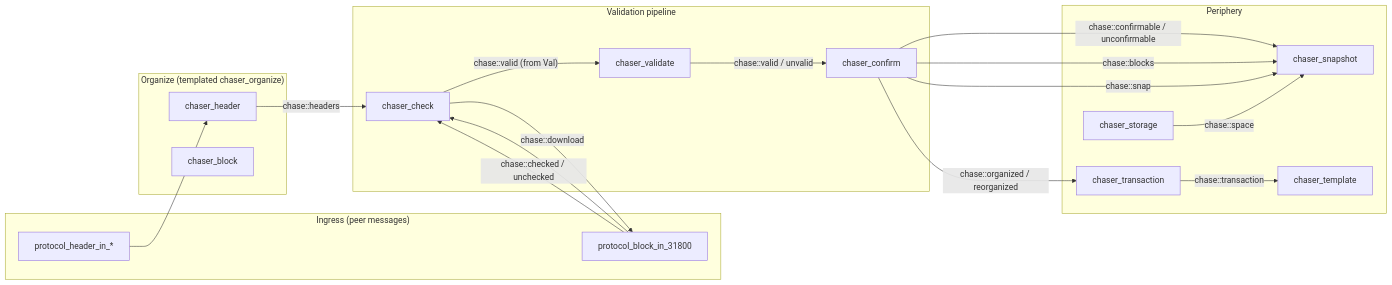
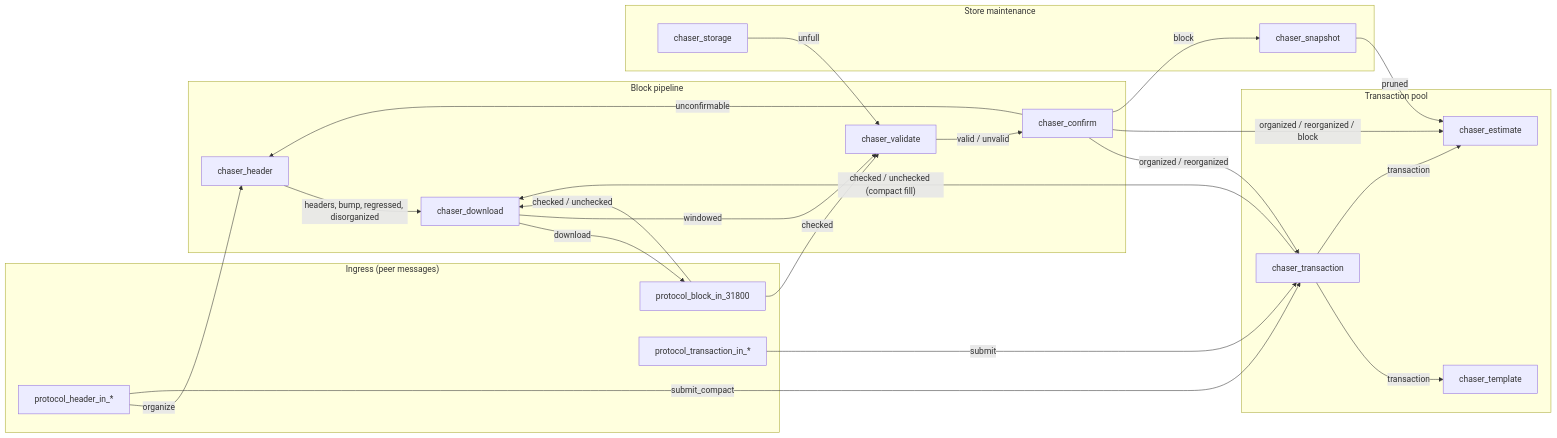
The fourth of 5 diagrams in architecture/md/00-overview.md (libbitcoin/libbitcoin.github.io), drawn with Mermaid before and after one commit. The commit also changed other lines of this file and 31 other files, not shown here.

Commit message:
Add the node architecture pages.

````diff
--- a/architecture/md/00-overview.md
+++ b/architecture/md/00-overview.md
@@ -247,39 +257,45 @@
 ```mermaid
 flowchart LR
     subgraph Ingress["Ingress (peer messages)"]
         H_in["protocol_header_in_*"]
         B_in["protocol_block_in_31800"]
+        T_in["protocol_transaction_in_*"]
     end
 
-    subgraph Organize["Organize (templated chaser_organize)"]
+    subgraph Pipeline["Block pipeline"]
         H[chaser_header]
-        B[chaser_block]
-    end
-
-    subgraph Pipeline["Validation pipeline"]
-        Chk[chaser_check]
+        Chk[chaser_download]
         Val[chaser_validate]
         Cnf[chaser_confirm]
     end
 
-    subgraph Periphery["Periphery"]
+    subgraph Pool["Transaction pool"]
+        Tx[chaser_transaction]
+        Tpl[chaser_template]
+        Est[chaser_estimate]
+    end
+
+    subgraph Store["Store maintenance"]
         Snp[chaser_snapshot]
         Stg[chaser_storage]
-        Tx[chaser_transaction]
-        Tpl[chaser_template]
     end
 
-    H_in --> H
-    B_in --> Chk
-    H -- "chase::headers" --> Chk
-    Chk -- "chase::download" --> B_in
-    B_in -- "chase::checked / unchecked" --> Chk
-    Chk -- "chase::valid (from Val)" --> Val
-    Val -- "chase::valid / unvalid" --> Cnf
-    Cnf -- "chase::confirmable / unconfirmable" --> Snp
-    Cnf -- "chase::organized / reorganized" --> Tx
-    Tx -- "chase::transaction" --> Tpl
-    Cnf -- "chase::blocks" --> Snp
-    Cnf -- "chase::snap" --> Snp
-    Stg -- "chase::space" --> Snp
+    H_in -- "organize" --> H
+    H -- "headers, bump, regressed, disorganized" --> Chk
+    Chk -- "download" --> B_in
+    B_in -- "checked / unchecked" --> Chk
+    Chk -- "windowed" --> Val
+    B_in -- "checked" --> Val
+    Val -- "valid / unvalid" --> Cnf
+    Cnf -- "unconfirmable" --> H
+    Cnf -- "organized / reorganized" --> Tx
+    Cnf -- "organized / reorganized / block" --> Est
+    T_in -- "submit" --> Tx
+    H_in -- "submit_compact" --> Tx
+    Tx -- "checked / unchecked (compact fill)" --> Chk
+    Tx -- "transaction" --> Tpl
+    Tx -- "transaction" --> Est
+    Cnf -- "block" --> Snp
+    Snp -- "pruned" --> Est
+    Stg -- "unfull" --> Val
 ```
````
